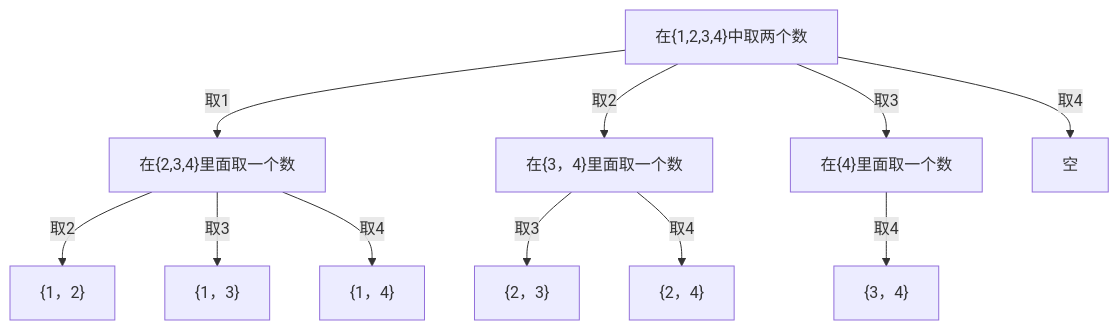
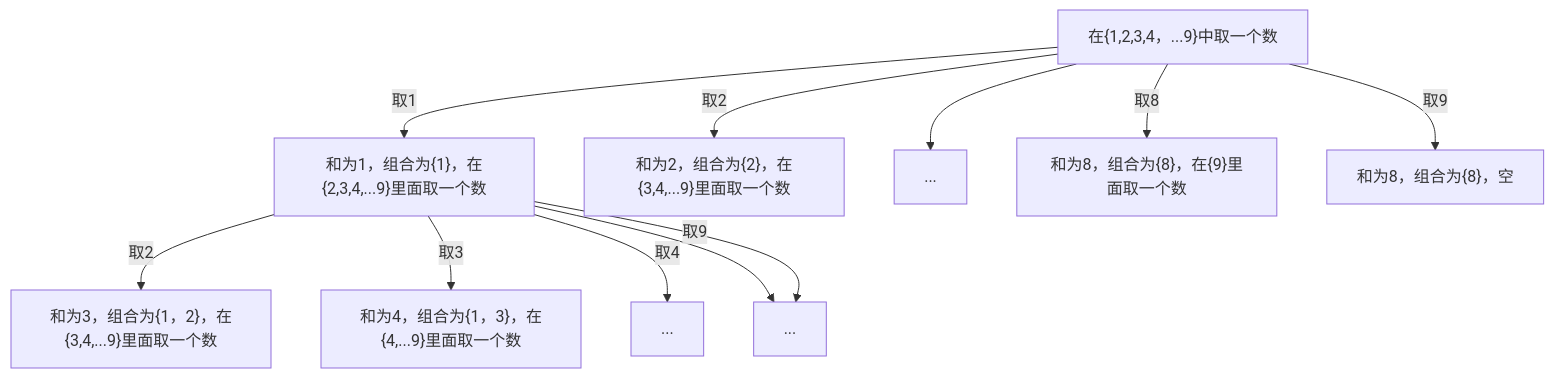
Before and after one commit to jingminglake/jingminglake.github.io: the fifth of 5 diagrams in _posts/Leetcode/2017-10-22-Leetcode总结（六）.md, drawn with Mermaid. The commit also changed other lines of this file, not shown here.

````diff
--- a/_posts/Leetcode/2017-10-22-Leetcode总结（六）.md
+++ b/_posts/Leetcode/2017-10-22-Leetcode总结（六）.md
@@ -339,14 +378,14 @@
 ```mermaid
 flowchart TD
-  A["在{1,2,3,4}中取两个数"]
-  A -- 取1 --> B1["在{2,3,4}里面取一个数"]
-  A -- 取2 --> B2["在{3，4}里面取一个数"]
-  A -- 取3 --> B3["在{4}里面取一个数"]
-  A -- 取4 --> B4["空"]
-  B1 -- 取2 --> C1["{1，2}"]
-  B1 -- 取3 --> C2["{1，3}"]
-  B1 -- 取4 --> C3["{1，4}"]
-  B2 -- 取3 --> C4["{2，3}"]
-  B2 -- 取4 --> C5["{2，4}"]
-  B3 -- 取4 --> C6["{3，4}"]
+  A["在{1,2,3,4，...9}中取一个数"]
+  A -- 取1 --> B1["和为1，组合为{1}，在{2,3,4,...9}里面取一个数"]
+  A -- 取2 --> B2["和为2，组合为{2}，在{3,4,...9}里面取一个数"]
+  A --> B3["..."]
+  A -- 取8 --> B8["和为8，组合为{8}，在{9}里面取一个数"]
+  A -- 取9 --> B9["和为8，组合为{8}，空"]
+  B1 -- 取2 --> C1["和为3，组合为{1，2}，在{3,4,...9}里面取一个数"]
+  B1 -- 取3 --> C2["和为4，组合为{1，3}，在{4,...9}里面取一个数"]
+  B1 -- 取4 --> C3["..."]
+  B1 -->  C5["..."]
+  B1 -- 取9 --> C5["..."]
 ```
````
